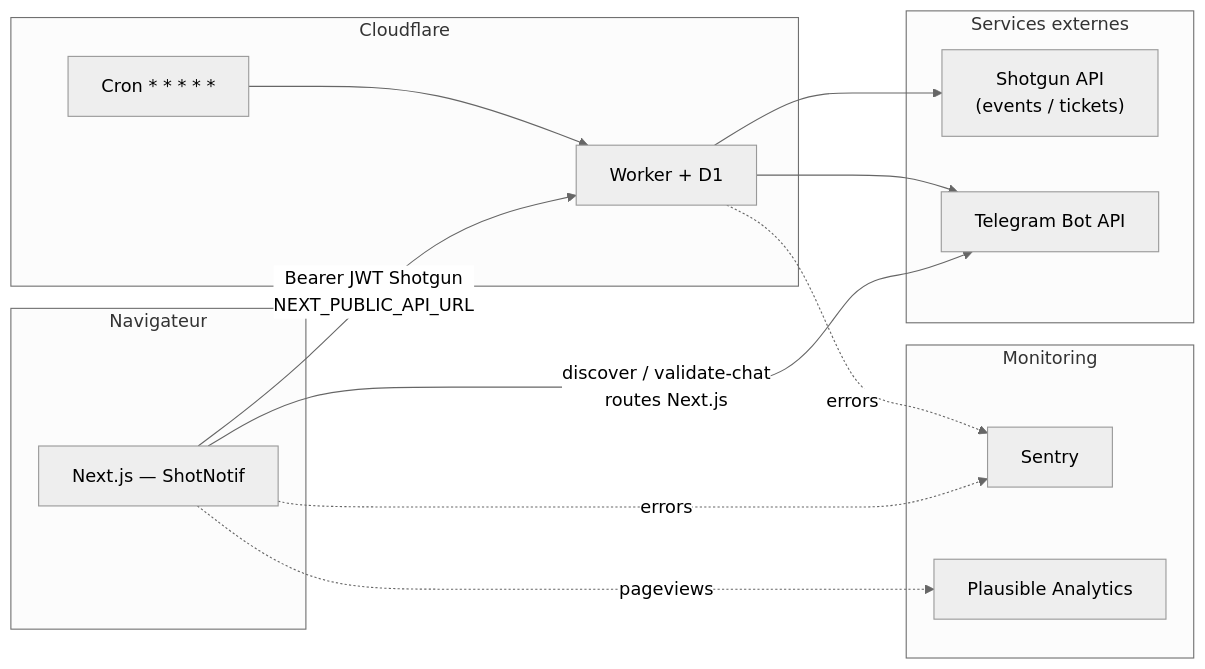
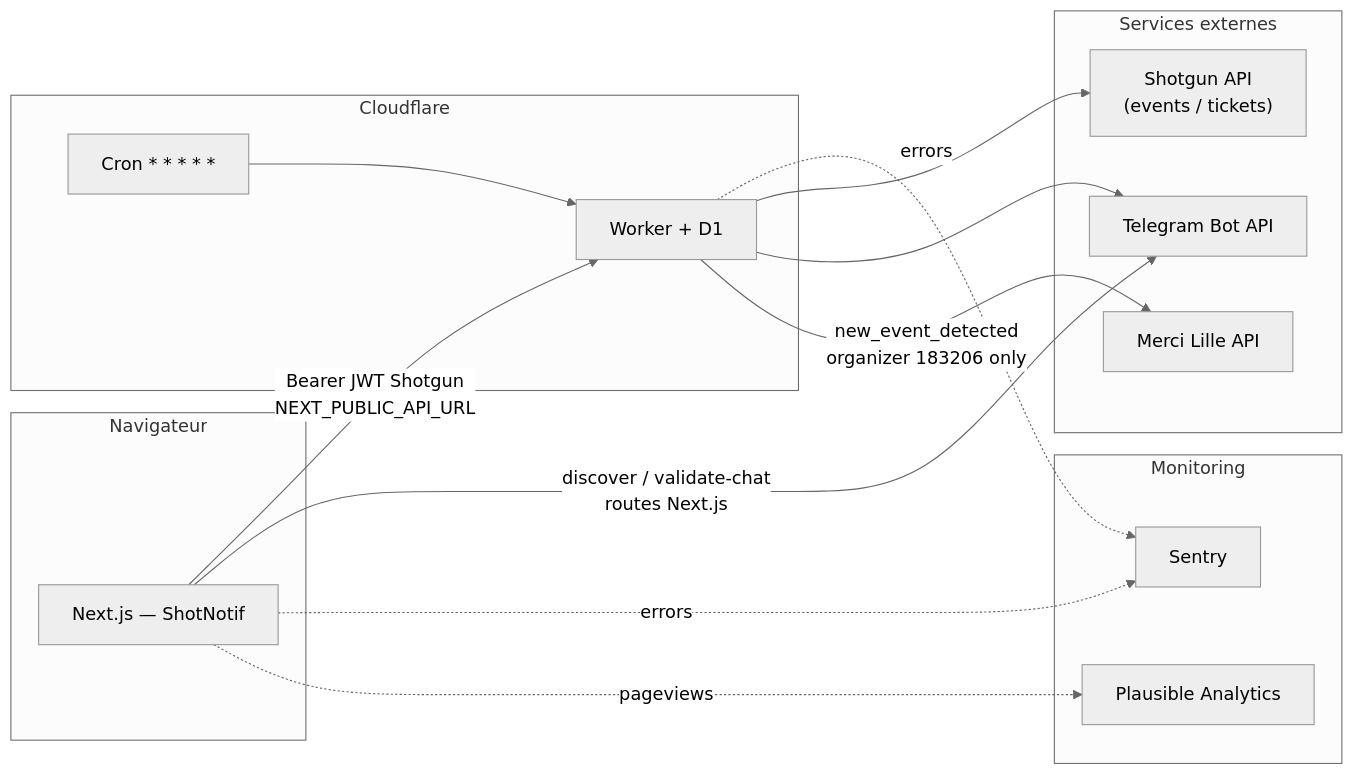
The diagram in README.md (YannisFouzi/shotgun-notifier), drawn with Mermaid (neutral theme) before and after one commit. The commit also changed other lines of this file, not shown here.

First line of the commit message:
feat: enhance README with Merci Lille integration details and worker updates

````diff
--- a/README.md
+++ b/README.md
@@ -53,26 +55,28 @@
 ```mermaid
 flowchart LR
   subgraph client["Navigateur"]
     WEB["Next.js — ShotNotif"]
   end
   subgraph cf["Cloudflare"]
     W["Worker + D1"]
     CRON["Cron * * * * *"]
   end
   subgraph monitoring["Monitoring"]
     SE["Sentry"]
     PL["Plausible Analytics"]
   end
   subgraph ext["Services externes"]
     SG["Shotgun API\n(events / tickets)"]
     TG["Telegram Bot API"]
+    ML["Merci Lille API"]
   end
   WEB -->|"Bearer JWT Shotgun\nNEXT_PUBLIC_API_URL"| W
   WEB -->|"discover / validate-chat\nroutes Next.js"| TG
   WEB -.->|"errors"| SE
   WEB -.->|"pageviews"| PL
   W -.->|"errors"| SE
   CRON --> W
   W --> SG
   W --> TG
+  W -->|"new_event_detected\norganizer 183206 only"| ML
 ```
````
